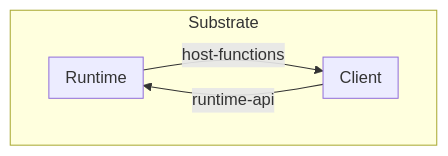
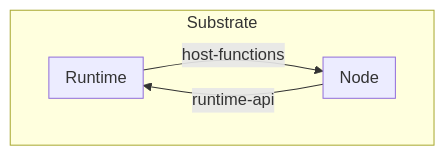
The diagram in docs/mermaid/substrate_client_runtime.mmd (paritytech/polkadot-sdk), drawn with Mermaid before and after one commit. The commit also changed 30 other files, not shown here.

```diff
--- a/docs/mermaid/substrate_client_runtime.mmd
+++ b/docs/mermaid/substrate_client_runtime.mmd
@@ -1,10 +1,12 @@
 graph TB
 subgraph Substrate
 	direction LR
-	subgraph Client
+	subgraph Node
 	end
+
 	subgraph Runtime
 	end
-	Client --runtime-api--> Runtime
-	Runtime --host-functions--> Client
+
+	Node --runtime-api--> Runtime
+	Runtime --host-functions--> Node
 end
```
